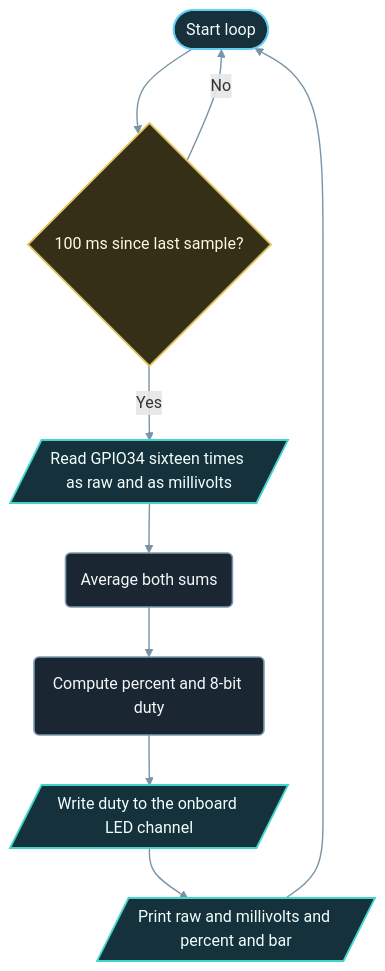
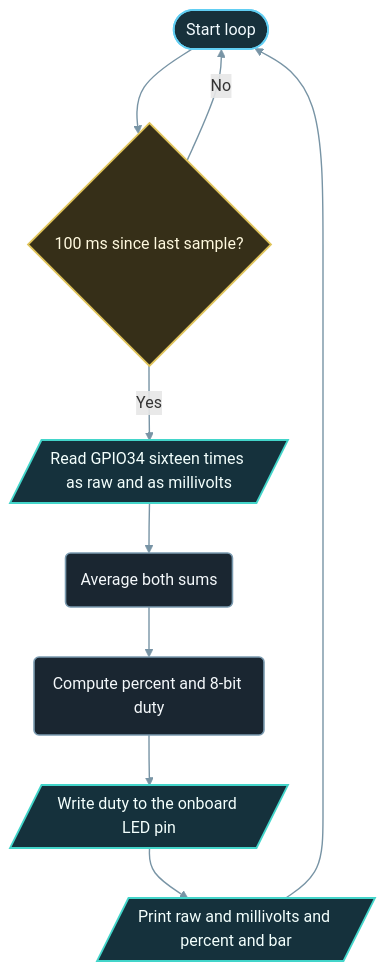
One commit to ProAmineOfficial/NanoKit-ESP32 changed the diagram in examples_on_platformio/analog_input_potentiometer/docs/Implementation_Guide.md. Above: the diagram before and after it, drawn with Mermaid. The commit also changed other lines of this file and 66 other files, not shown here.

````diff
--- a/examples_on_platformio/analog_input_potentiometer/docs/Implementation_Guide.md
+++ b/examples_on_platformio/analog_input_potentiometer/docs/Implementation_Guide.md
@@ -17,21 +17,21 @@
 ```mermaid
 flowchart TD
   A([Start loop]) --> B{100 ms since last sample?}
   B -- No --> A
   B -- Yes --> C[/Read GPIO34 sixteen times as raw and as millivolts/]
   C --> D(Average both sums)
   D --> E(Compute percent and 8-bit duty)
-  E --> F[/Write duty to the onboard LED channel/]
+  E --> F[/Write duty to the onboard LED pin/]
   F --> G[/Print raw and millivolts and percent and bar/]
   G --> A
 
   classDef start fill:#17303b,stroke:#61cef3,stroke-width:1.8px,color:#f3fbff
   classDef process fill:#1a2631,stroke:#7b9bb0,stroke-width:1.6px,color:#f4f8fb
   classDef decision fill:#362f18,stroke:#e0c45b,stroke-width:1.8px,color:#fff9de
   classDef io fill:#15313c,stroke:#43d5ca,stroke-width:1.8px,color:#f3fffd
   class A start
   class B decision
   class D,E process
   class C,F,G io
   linkStyle default stroke:#7894a5,stroke-width:1.4px
 ```
````
